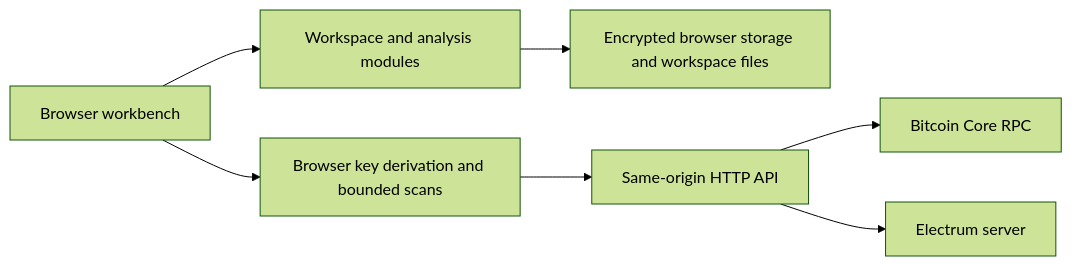
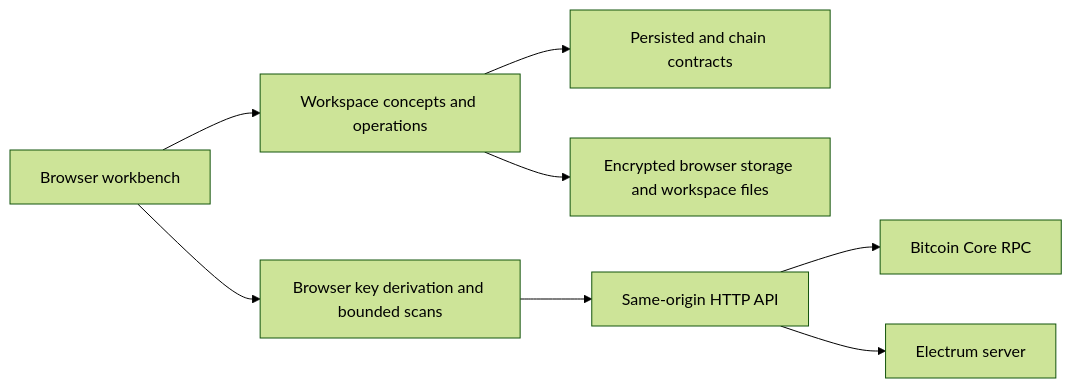
One commit to remcoros/chaingraph changed the diagram in docs/architecture.md. Above: the diagram before and after it, drawn with Mermaid (forest theme). The commit also changed other lines of this file and 520 other files, not shown here.

Commit message:
Move App-owned modules out of Domain

````diff
--- a/docs/architecture.md
+++ b/docs/architecture.md
@@ -8,9 +8,10 @@
 ```mermaid
 flowchart LR
-  UI[Browser workbench] --> Domain[Workspace and analysis modules]
-  Domain --> Vault[Encrypted browser storage and workspace files]
+  UI[Browser workbench] --> App[Workspace concepts and operations]
+  App --> Domain[Persisted and chain contracts]
+  App --> Vault[Encrypted browser storage and workspace files]
   UI --> Scan[Browser key derivation and bounded scans]
   Scan --> API[Same-origin HTTP API]
   API --> Core[Bitcoin Core RPC]
   API --> Fulcrum[Electrum server]
 ```
````
